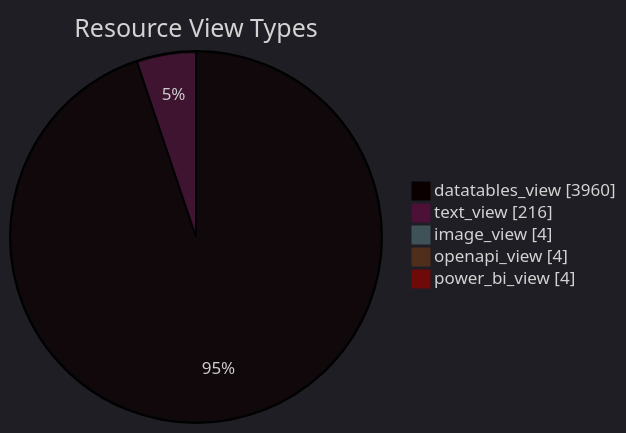
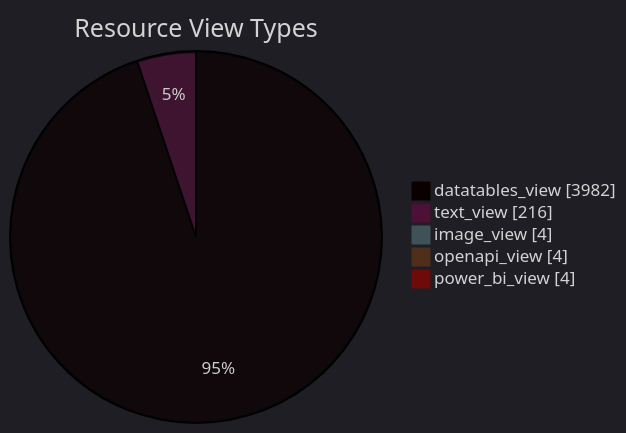
Before and after one commit to open-data/analytics-corporate-reporting: the diagram in datastore_tracker/resource_view_types_pie_chart.md, drawn with Mermaid. The commit also changed 9 other files, not shown here.

````diff
--- a/datastore_tracker/resource_view_types_pie_chart.md
+++ b/datastore_tracker/resource_view_types_pie_chart.md
@@ -2,12 +2,12 @@
 ```mermaid
 ---
 config:
   theme: dark
 ---
 pie showData title Resource View Types
-    "datatables_view": 3960
+    "datatables_view": 3982
     "text_view": 216
     "image_view": 4
     "openapi_view": 4
     "power_bi_view": 4
 ```
````
